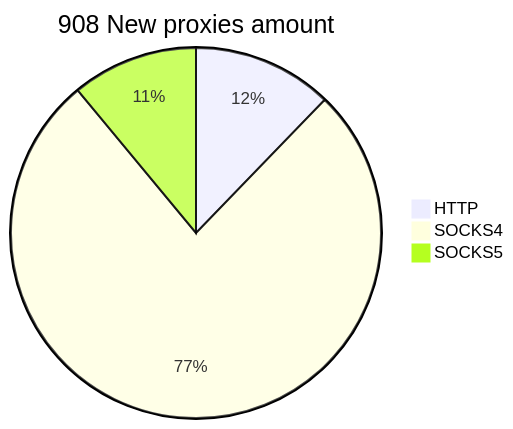
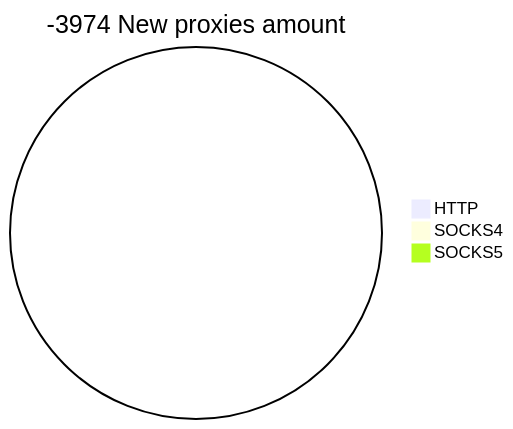
Before and after one commit to cutipu/proxylist: the second of 2 diagrams in README.md, drawn with Mermaid. The commit also changed other lines of this file, not shown here.

````diff
--- a/README.md
+++ b/README.md
@@ -10,6 +10,6 @@
 ```mermaid
-pie title 908 New proxies amount
-    "HTTP" : 111
-    "SOCKS4" : 697
-    "SOCKS5" : 100
+pie title -3974 New proxies amount
+    "HTTP" : 0
+    "SOCKS4" : 0
+    "SOCKS5" : 0
 ```
````
